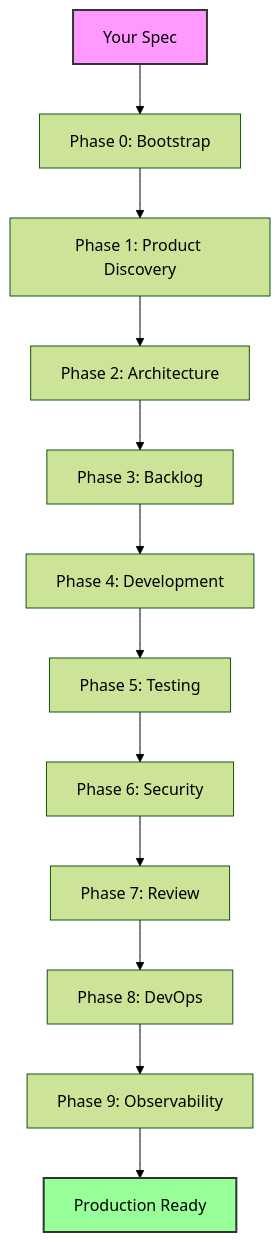
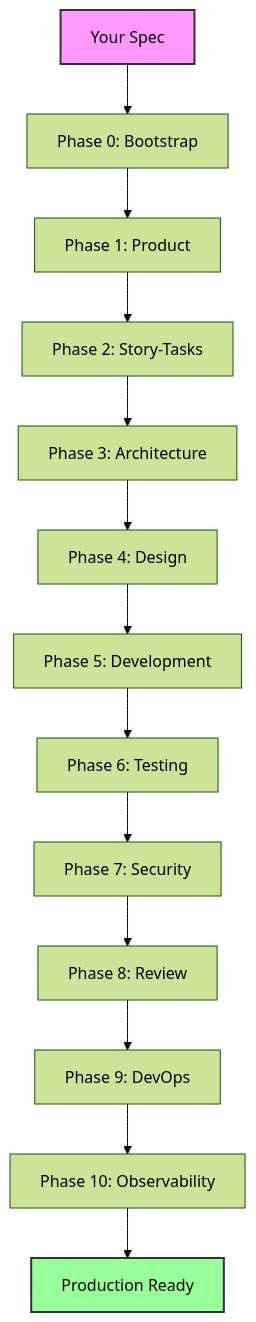
Before and after one commit to bitbitcodes/autonomous-sdlc: the second of 2 diagrams in docs/getting-started.md, drawn with Mermaid (forest theme). The commit also changed other lines of this file and 66 other files, not shown here.

````diff
--- a/docs/getting-started.md
+++ b/docs/getting-started.md
@@ -135,17 +135,18 @@
 ```mermaid
 flowchart TD
     SPEC[Your Spec] --> P0[Phase 0: Bootstrap]
-    P0 --> P1[Phase 1: Product Discovery]
-    P1 --> P2[Phase 2: Architecture]
-    P2 --> P3[Phase 3: Backlog]
-    P3 --> P4[Phase 4: Development]
-    P4 --> P5[Phase 5: Testing]
-    P5 --> P6[Phase 6: Security]
-    P6 --> P7[Phase 7: Review]
-    P7 --> P8[Phase 8: DevOps]
-    P8 --> P9[Phase 9: Observability]
-    P9 --> DONE[Production Ready]
+    P0 --> P1[Phase 1: Product]
+    P1 --> P2[Phase 2: Story-Tasks]
+    P2 --> P3[Phase 3: Architecture]
+    P3 --> P4[Phase 4: Design]
+    P4 --> P5[Phase 5: Development]
+    P5 --> P6[Phase 6: Testing]
+    P6 --> P7[Phase 7: Security]
+    P7 --> P8[Phase 8: Review]
+    P8 --> P9[Phase 9: DevOps]
+    P9 --> P10[Phase 10: Observability]
+    P10 --> DONE[Production Ready]
 
     style SPEC fill:#f9f,stroke:#333,stroke-width:2px
     style DONE fill:#9f9,stroke:#333,stroke-width:2px
 ```
````
